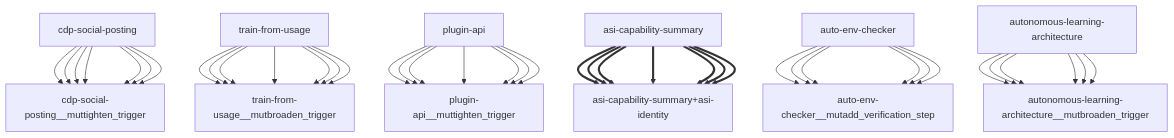
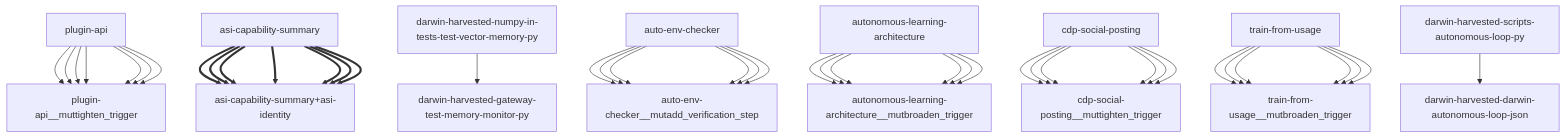
The diagram in reports/darwin-report.md (openamer/openamer), drawn with Mermaid before and after one commit. The commit also changed other lines of this file and 12 other files, not shown here.

````diff
--- a/reports/darwin-report.md
+++ b/reports/darwin-report.md
@@ -68,43 +68,43 @@
 ```mermaid
 graph TD
-    cdp-social-posting["cdp-social-posting"] --> cdp-social-posting__muttighten_trigger["cdp-social-posting__muttighten_trigger"]
-    train-from-usage["train-from-usage"] --> train-from-usage__mutbroaden_trigger["train-from-usage__mutbroaden_trigger"]
     plugin-api["plugin-api"] --> plugin-api__muttighten_trigger["plugin-api__muttighten_trigger"]
     asi-capability-summary["asi-capability-summary"] ==> asi-capability-summary+asi-identity["asi-capability-summary+asi-identity"]
+    darwin-harvested-numpy-in-tests-test-vector-memory-py["darwin-harvested-numpy-in-tests-test-vector-memory-py"] --> darwin-harvested-gateway-test-memory-monitor-py["darwin-harvested-gateway-test-memory-monitor-py"]
     auto-env-checker["auto-env-checker"] --> auto-env-checker__mutadd_verification_step["auto-env-checker__mutadd_verification_step"]
     autonomous-learning-architecture["autonomous-learning-architecture"] --> autonomous-learning-architecture__mutbroaden_trigger["autonomous-learning-architecture__mutbroaden_trigger"]
     cdp-social-posting["cdp-social-posting"] --> cdp-social-posting__muttighten_trigger["cdp-social-posting__muttighten_trigger"]
     train-from-usage["train-from-usage"] --> train-from-usage__mutbroaden_trigger["train-from-usage__mutbroaden_trigger"]
     plugin-api["plugin-api"] --> plugin-api__muttighten_trigger["plugin-api__muttighten_trigger"]
     asi-capability-summary["asi-capability-summary"] ==> asi-capability-summary+asi-identity["asi-capability-summary+asi-identity"]
     auto-env-checker["auto-env-checker"] --> auto-env-checker__mutadd_verification_step["auto-env-checker__mutadd_verification_step"]
     autonomous-learning-architecture["autonomous-learning-architecture"] --> autonomous-learning-architecture__mutbroaden_trigger["autonomous-learning-architecture__mutbroaden_trigger"]
     cdp-social-posting["cdp-social-posting"] --> cdp-social-posting__muttighten_trigger["cdp-social-posting__muttighten_trigger"]
     train-from-usage["train-from-usage"] --> train-from-usage__mutbroaden_trigger["train-from-usage__mutbroaden_trigger"]
     plugin-api["plugin-api"] --> plugin-api__muttighten_trigger["plugin-api__muttighten_trigger"]
     asi-capability-summary["asi-capability-summary"] ==> asi-capability-summary+asi-identity["asi-capability-summary+asi-identity"]
     auto-env-checker["auto-env-checker"] --> auto-env-checker__mutadd_verification_step["auto-env-checker__mutadd_verification_step"]
     autonomous-learning-architecture["autonomous-learning-architecture"] --> autonomous-learning-architecture__mutbroaden_trigger["autonomous-learning-architecture__mutbroaden_trigger"]
     cdp-social-posting["cdp-social-posting"] --> cdp-social-posting__muttighten_trigger["cdp-social-posting__muttighten_trigger"]
     train-from-usage["train-from-usage"] --> train-from-usage__mutbroaden_trigger["train-from-usage__mutbroaden_trigger"]
     plugin-api["plugin-api"] --> plugin-api__muttighten_trigger["plugin-api__muttighten_trigger"]
     asi-capability-summary["asi-capability-summary"] ==> asi-capability-summary+asi-identity["asi-capability-summary+asi-identity"]
     auto-env-checker["auto-env-checker"] --> auto-env-checker__mutadd_verification_step["auto-env-checker__mutadd_verification_step"]
     autonomous-learning-architecture["autonomous-learning-architecture"] --> autonomous-learning-architecture__mutbroaden_trigger["autonomous-learning-architecture__mutbroaden_trigger"]
     cdp-social-posting["cdp-social-posting"] --> cdp-social-posting__muttighten_trigger["cdp-social-posting__muttighten_trigger"]
     train-from-usage["train-from-usage"] --> train-from-usage__mutbroaden_trigger["train-from-usage__mutbroaden_trigger"]
     plugin-api["plugin-api"] --> plugin-api__muttighten_trigger["plugin-api__muttighten_trigger"]
     asi-capability-summary["asi-capability-summary"] ==> asi-capability-summary+asi-identity["asi-capability-summary+asi-identity"]
+    darwin-harvested-scripts-autonomous-loop-py["darwin-harvested-scripts-autonomous-loop-py"] --> darwin-harvested-darwin-autonomous-loop-json["darwin-harvested-darwin-autonomous-loop-json"]
     auto-env-checker["auto-env-checker"] --> auto-env-checker__mutadd_verification_step["auto-env-checker__mutadd_verification_step"]
     autonomous-learning-architecture["autonomous-learning-architecture"] --> autonomous-learning-architecture__mutbroaden_trigger["autonomous-learning-architecture__mutbroaden_trigger"]
     cdp-social-posting["cdp-social-posting"] --> cdp-social-posting__muttighten_trigger["cdp-social-posting__muttighten_trigger"]
     train-from-usage["train-from-usage"] --> train-from-usage__mutbroaden_trigger["train-from-usage__mutbroaden_trigger"]
     plugin-api["plugin-api"] --> plugin-api__muttighten_trigger["plugin-api__muttighten_trigger"]
     asi-capability-summary["asi-capability-summary"] ==> asi-capability-summary+asi-identity["asi-capability-summary+asi-identity"]
     auto-env-checker["auto-env-checker"] --> auto-env-checker__mutadd_verification_step["auto-env-checker__mutadd_verification_step"]
     autonomous-learning-architecture["autonomous-learning-architecture"] --> autonomous-learning-architecture__mutbroaden_trigger["autonomous-learning-architecture__mutbroaden_trigger"]
     cdp-social-posting["cdp-social-posting"] --> cdp-social-posting__muttighten_trigger["cdp-social-posting__muttighten_trigger"]
     train-from-usage["train-from-usage"] --> train-from-usage__mutbroaden_trigger["train-from-usage__mutbroaden_trigger"]
     plugin-api["plugin-api"] --> plugin-api__muttighten_trigger["plugin-api__muttighten_trigger"]
     asi-capability-summary["asi-capability-summary"] ==> asi-capability-summary+asi-identity["asi-capability-summary+asi-identity"]
 ```
````
